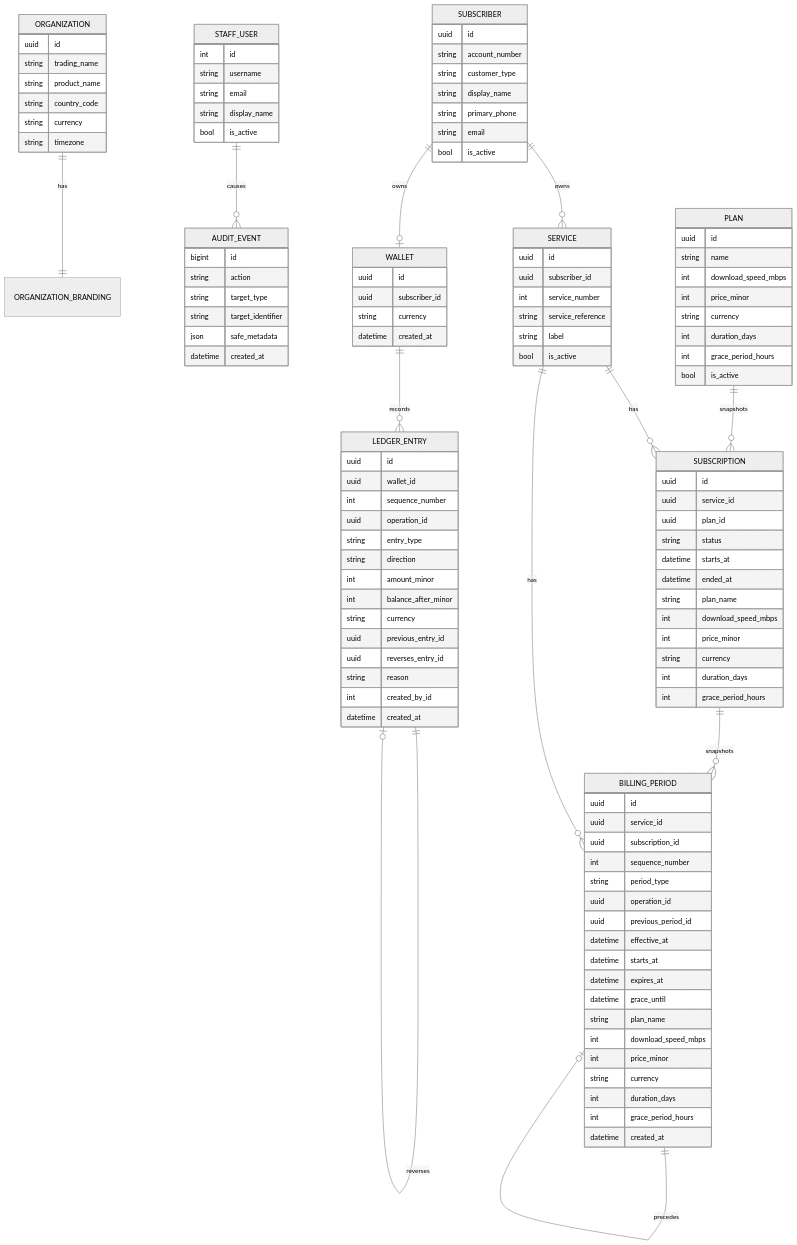
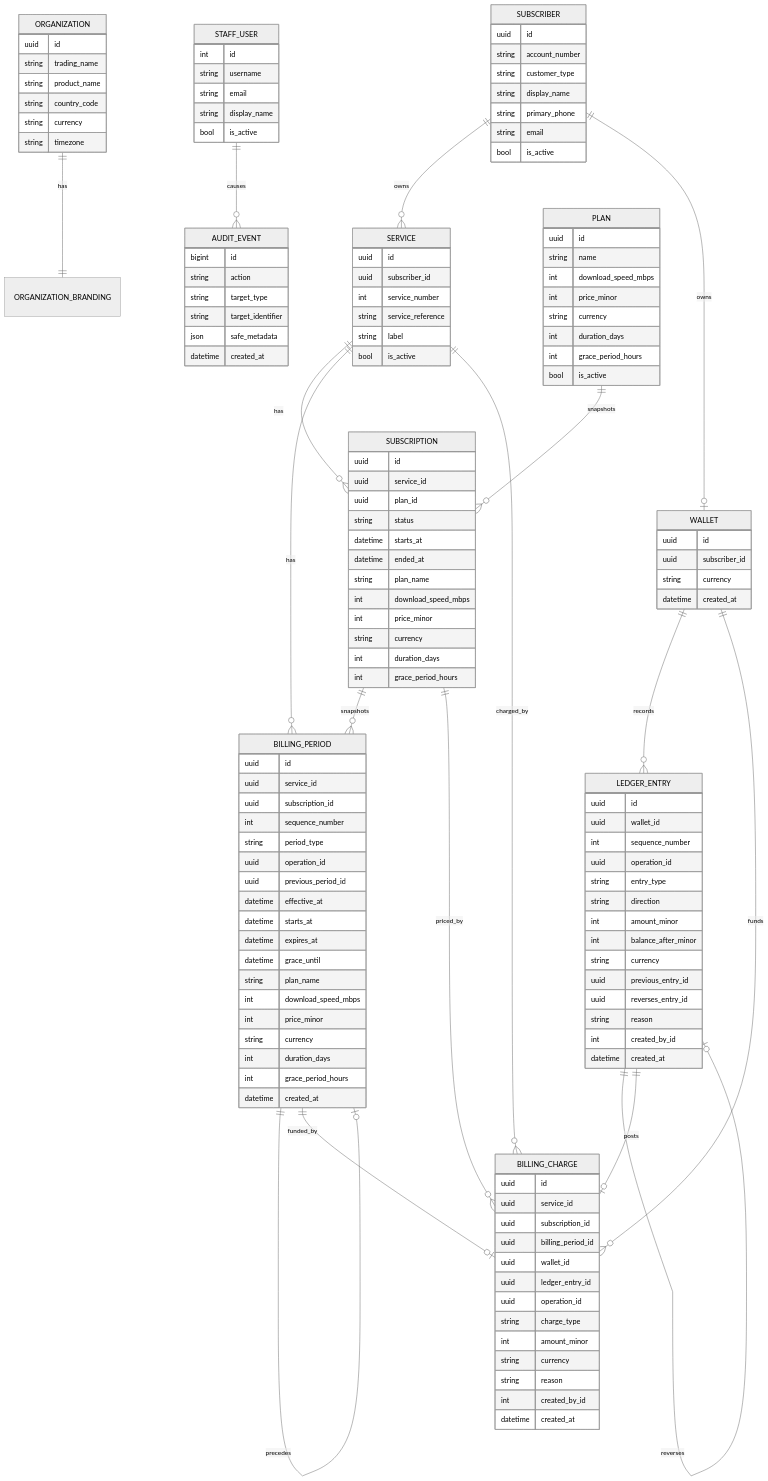
Before and after one commit to wangari327/supersurf-billing-phase0: the first of 2 diagrams in docs/architecture/erd.md, drawn with Mermaid (neutral theme). The commit also changed other lines of this file and 24 other files, not shown here.

Commit message:
Add Phase 7 wallet-funded renewals

````diff
--- a/docs/architecture/erd.md
+++ b/docs/architecture/erd.md
@@ -12,12 +12,17 @@
     SUBSCRIBER ||--o| WALLET : owns
     SERVICE ||--o{ SUBSCRIPTION : has
     SERVICE ||--o{ BILLING_PERIOD : has
+    SERVICE ||--o{ BILLING_CHARGE : charged_by
     PLAN ||--o{ SUBSCRIPTION : snapshots
     SUBSCRIPTION ||--o{ BILLING_PERIOD : snapshots
+    SUBSCRIPTION ||--o{ BILLING_CHARGE : priced_by
     BILLING_PERIOD ||--o| BILLING_PERIOD : precedes
+    BILLING_PERIOD ||--o| BILLING_CHARGE : funded_by
     WALLET ||--o{ LEDGER_ENTRY : records
+    WALLET ||--o{ BILLING_CHARGE : funds
     LEDGER_ENTRY ||--o| LEDGER_ENTRY : precedes
     LEDGER_ENTRY ||--o| LEDGER_ENTRY : reverses
+    LEDGER_ENTRY ||--o| BILLING_CHARGE : posts
 
     ORGANIZATION {
         uuid id
@@ -125,4 +130,19 @@
         int created_by_id
         datetime created_at
     }
+    BILLING_CHARGE {
+        uuid id
+        uuid service_id
+        uuid subscription_id
+        uuid billing_period_id
+        uuid wallet_id
+        uuid ledger_entry_id
+        uuid operation_id
+        string charge_type
+        int amount_minor
+        string currency
+        string reason
+        int created_by_id
+        datetime created_at
+    }
 ```
````
